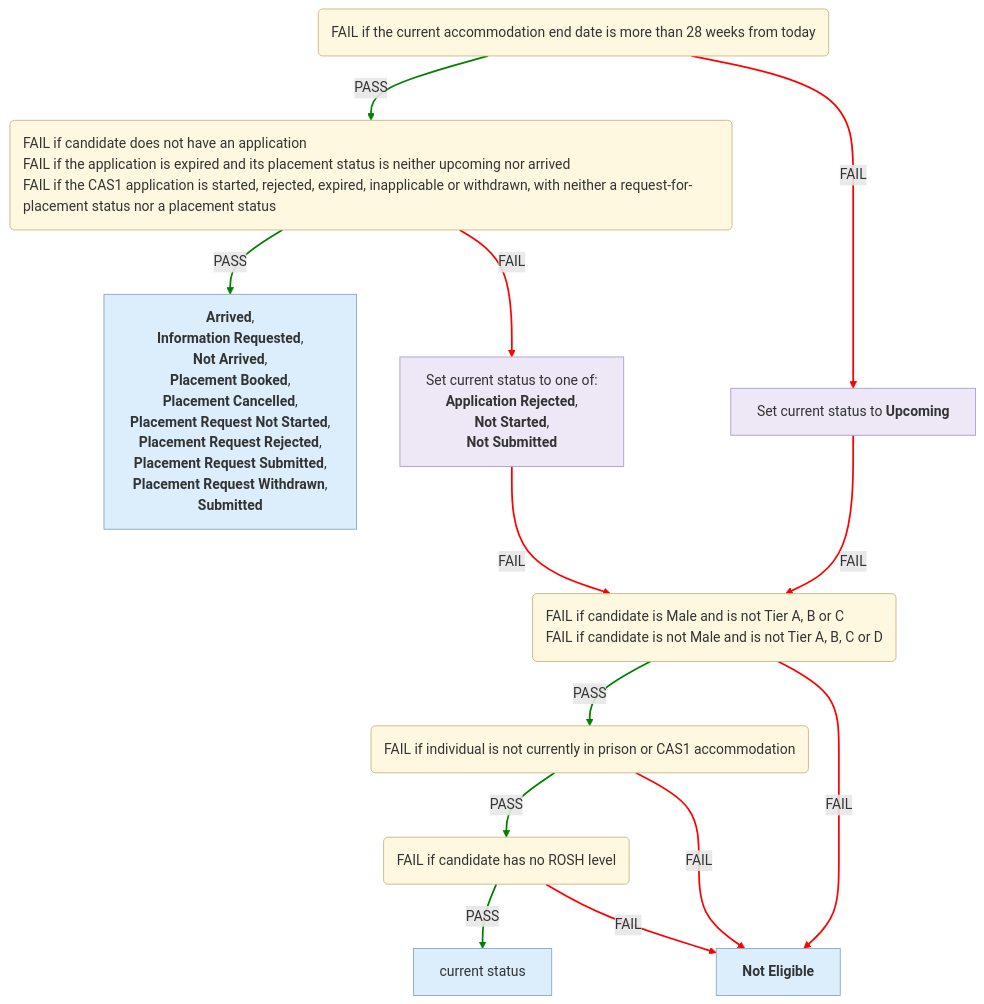
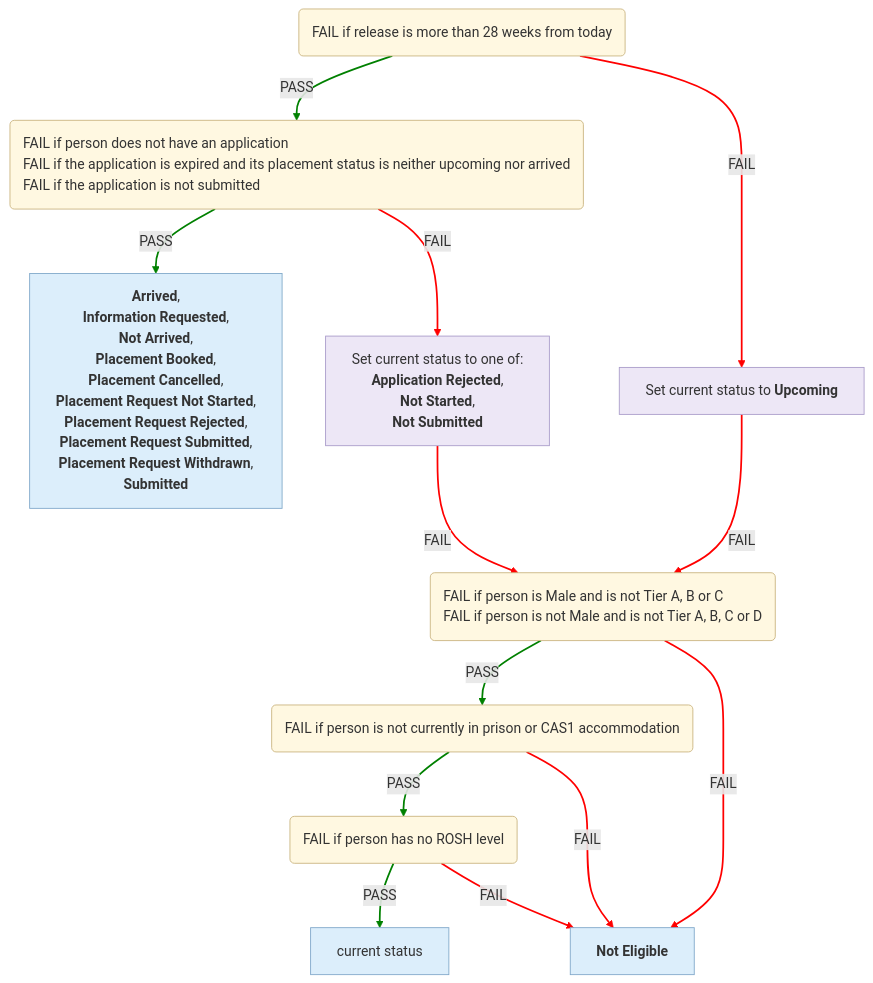
One commit to ministryofjustice/hmpps-single-accommodation-service-api changed the first of 6 diagrams in docs/eligibility-rules-graph.md. Above: the diagram before and after it, drawn with Mermaid. The commit also changed other lines of this file and 55 other files, not shown here.

Commit message:
chore/SAS-1544-Make-language-more-natural-for-Fail-descriptions

````diff
--- a/docs/eligibility-rules-graph.md
+++ b/docs/eligibility-rules-graph.md
@@ -9,49 +9,49 @@
 ```mermaid
 %%{init: {"flowchart": {"wrappingWidth": 800}}}%%
 flowchart TD
-  Upcoming("<div style='text-align:left'>FAIL if the current accommodation end date is more than 28 weeks from today</div>")
-  Suitability("<div style='text-align:left'>FAIL if candidate does not have an application
+  Upcoming("<div style='text-align:left'>FAIL if release is more than 28 weeks from today</div>")
+  Suitability("<div style='text-align:left'>FAIL if person does not have an application
 FAIL if the application is expired and its placement status is neither upcoming nor arrived
-FAIL if the CAS1 application is started, rejected, expired, inapplicable or withdrawn, with neither a request-for-placement status nor a placement status</div>")
+FAIL if the application is not submitted</div>")
   outcome_Cas1CompletionContextUpdater["<b>Arrived</b>,
  <b>Information Requested</b>,
  <b>Not Arrived</b>,
  <b>Placement Booked</b>,
  <b>Placement Cancelled</b>,
  <b>Placement Request Not Started</b>,
  <b>Placement Request Rejected</b>,
  <b>Placement Request Submitted</b>,
  <b>Placement Request Withdrawn</b>,
  <b>Submitted</b>"]
   updater_Cas1SuitabilityContextUpdater["Set current status to one of:
 <b>Application Rejected</b>,
  <b>Not Started</b>,
  <b>Not Submitted</b>"]
-  Eligibility_Tier("<div style='text-align:left'>FAIL if candidate is Male and is not Tier A, B or C
-FAIL if candidate is not Male and is not Tier A, B, C or D</div>")
-  Eligibility_Current_Accommodation("<div style='text-align:left'>FAIL if individual is not currently in prison or CAS1 accommodation</div>")
-  Eligibility_Rosh("<div style='text-align:left'>FAIL if candidate has no ROSH level</div>")
+  Eligibility_Tier("<div style='text-align:left'>FAIL if person is Male and is not Tier A, B or C
+FAIL if person is not Male and is not Tier A, B, C or D</div>")
+  Eligibility_Current_Accommodation("<div style='text-align:left'>FAIL if person is not currently in prison or CAS1 accommodation</div>")
+  Eligibility_Rosh("<div style='text-align:left'>FAIL if person has no ROSH level</div>")
   confirmed["current status"]
   CAS1_NOT_ELIGIBLE["<b>Not Eligible</b>"]
   updater_Cas1UpcomingContextUpdater["Set current status to <b>Upcoming</b>"]
   Suitability -->|PASS| outcome_Cas1CompletionContextUpdater
   Suitability -->|FAIL| updater_Cas1SuitabilityContextUpdater
   Eligibility_Rosh -->|PASS| confirmed
   Eligibility_Rosh -->|FAIL| CAS1_NOT_ELIGIBLE
   Eligibility_Current_Accommodation -->|PASS| Eligibility_Rosh
   Eligibility_Current_Accommodation -->|FAIL| CAS1_NOT_ELIGIBLE
   Eligibility_Tier -->|PASS| Eligibility_Current_Accommodation
   Eligibility_Tier -->|FAIL| CAS1_NOT_ELIGIBLE
   updater_Cas1SuitabilityContextUpdater -->|FAIL| Eligibility_Tier
   Upcoming -->|PASS| Suitability
   Upcoming -->|FAIL| updater_Cas1UpcomingContextUpdater
   updater_Cas1UpcomingContextUpdater -->|FAIL| Eligibility_Tier
   linkStyle 0,2,4,6,9 stroke:green,stroke-width:2px
   linkStyle 1,3,5,7,8,10,11 stroke:red,stroke-width:2px
   classDef ruleSetNode fill:#FFF8E1,stroke:#C9B37E,color:#333
   classDef outcomeNode fill:#DCEEFB,stroke:#7FA7C9,color:#333
   classDef updaterNode fill:#EDE7F6,stroke:#A99BC9,color:#333
   class Upcoming,Suitability,Eligibility_Tier,Eligibility_Current_Accommodation,Eligibility_Rosh ruleSetNode
   class outcome_Cas1CompletionContextUpdater,confirmed,CAS1_NOT_ELIGIBLE outcomeNode
   class updater_Cas1SuitabilityContextUpdater,updater_Cas1UpcomingContextUpdater updaterNode
 ```
````
